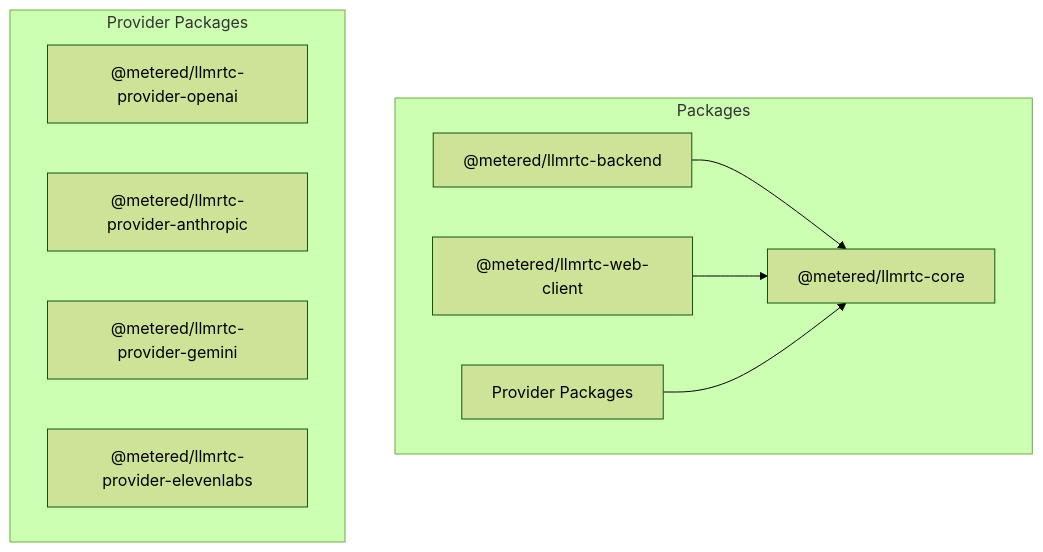
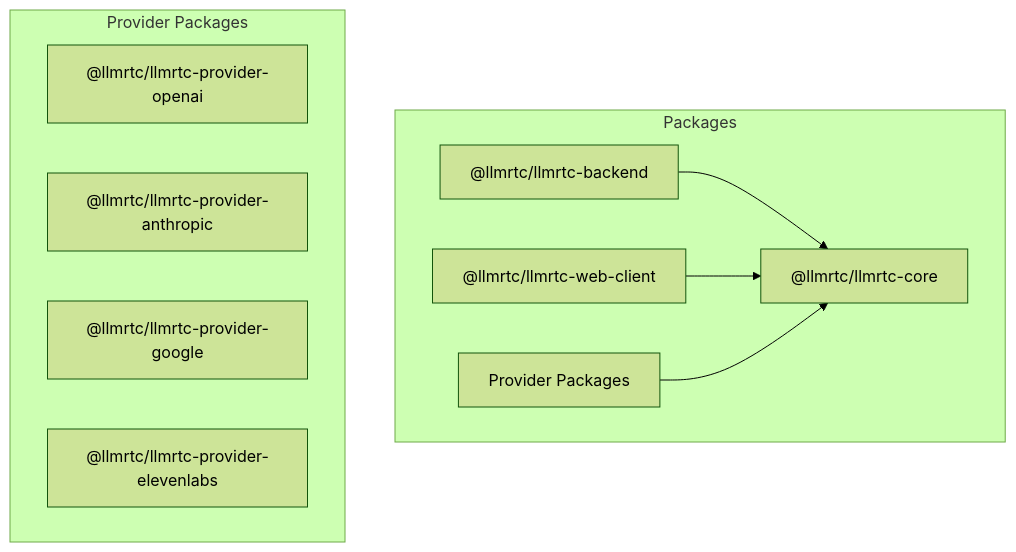
One commit to llmrtc/llmrtc changed the first of 13 diagrams in docs/docs/concepts/architecture.md. Above: the diagram before and after it, drawn with Mermaid (forest theme). The commit also changed other lines of this file and 118 other files, not shown here.

````diff
--- a/docs/docs/concepts/architecture.md
+++ b/docs/docs/concepts/architecture.md
@@ -11,20 +11,20 @@
 ```mermaid
 graph TB
     subgraph Packages
-        CORE["@metered/llmrtc-core"]
-        BACKEND["@metered/llmrtc-backend"]
-        WEBCLIENT["@metered/llmrtc-web-client"]
+        CORE["@llmrtc/llmrtc-core"]
+        BACKEND["@llmrtc/llmrtc-backend"]
+        WEBCLIENT["@llmrtc/llmrtc-web-client"]
         PROVIDERS["Provider Packages"]
     end
 
     BACKEND --> CORE
     WEBCLIENT --> CORE
     PROVIDERS --> CORE
 
     subgraph "Provider Packages"
-        OAI["@metered/llmrtc-provider-openai"]
-        ANTH["@metered/llmrtc-provider-anthropic"]
-        GEM["@metered/llmrtc-provider-gemini"]
-        ELEV["@metered/llmrtc-provider-elevenlabs"]
+        OAI["@llmrtc/llmrtc-provider-openai"]
+        ANTH["@llmrtc/llmrtc-provider-anthropic"]
+        GEM["@llmrtc/llmrtc-provider-google"]
+        ELEV["@llmrtc/llmrtc-provider-elevenlabs"]
     end
 ```
````
